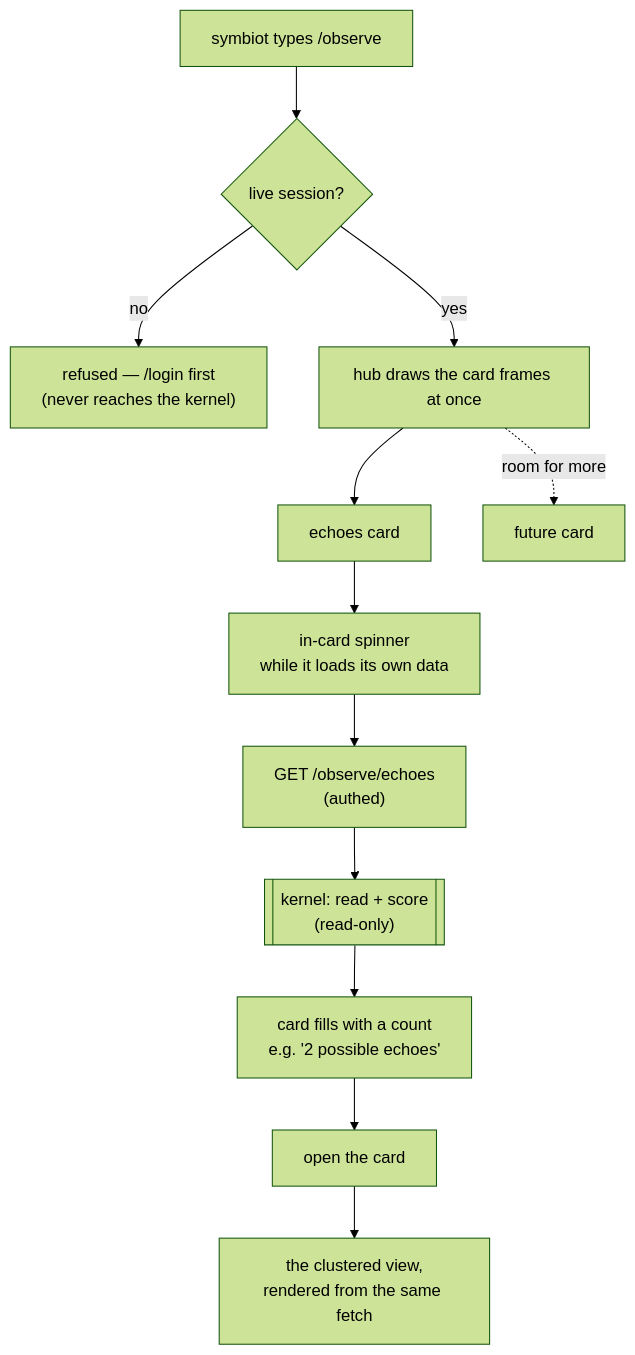
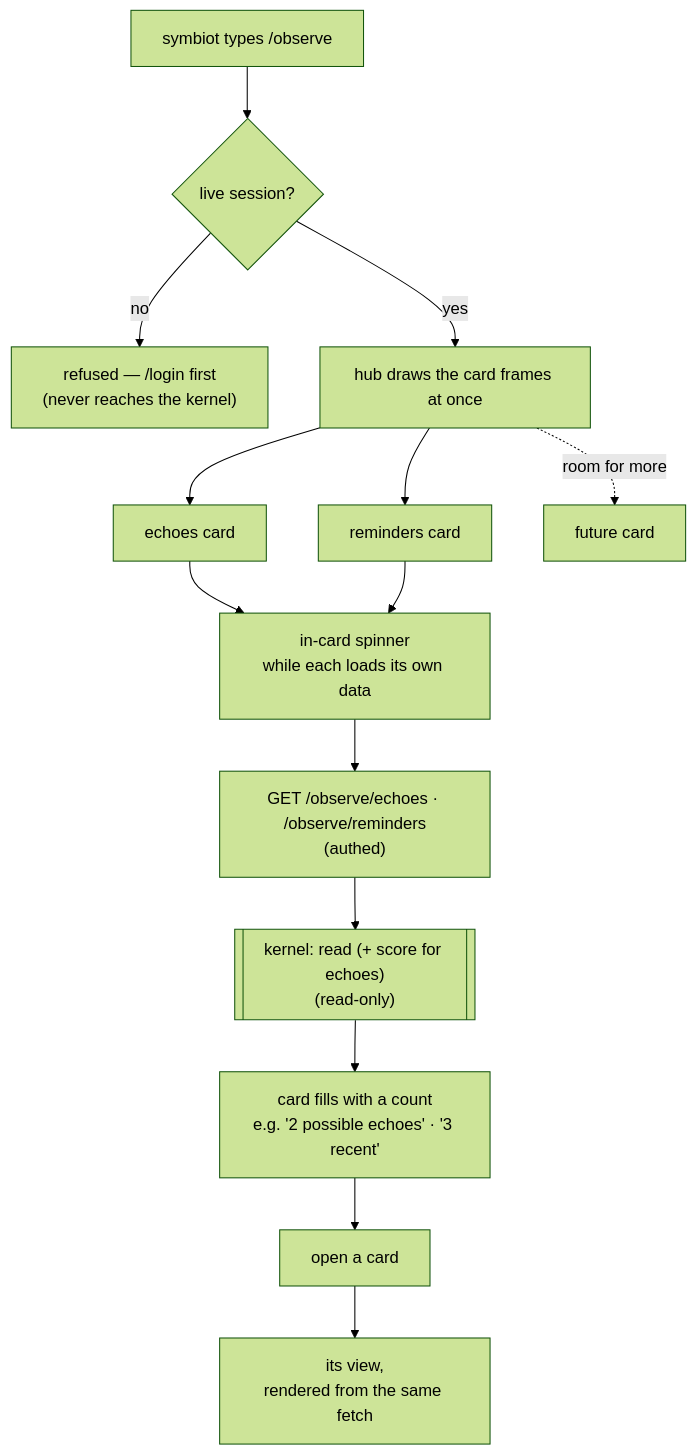
Before and after one commit to the-joy-com/kernel.os-joy.com: the first of 2 diagrams in doc/observability.md, drawn with Mermaid (forest theme). The commit also changed other lines of this file and 7 other files, not shown here.

````diff
--- a/doc/observability.md
+++ b/doc/observability.md
@@ -13,14 +13,16 @@
 ```mermaid
 flowchart TD
     U["symbiot types /observe"] --> S{"live session?"}
     S -->|no| REF["refused — /login first<br/>(never reaches the kernel)"]
     S -->|yes| HUB["hub draws the card frames at once"]
     HUB --> C1["echoes card"]
-    HUB -.->|room for more| C2["future card"]
-    C1 --> SPIN["in-card spinner<br/>while it loads its own data"]
-    SPIN --> GET["GET /observe/echoes<br/>(authed)"]
-    GET --> KERNEL[["kernel: read + score<br/>(read-only)"]]
-    KERNEL --> SUM["card fills with a count<br/>e.g. '2 possible echoes'"]
-    SUM --> OPEN["open the card"]
-    OPEN --> VIEW["the clustered view,<br/>rendered from the same fetch"]
+    HUB --> C2["reminders card"]
+    HUB -.->|room for more| C3["future card"]
+    C1 --> SPIN["in-card spinner<br/>while each loads its own data"]
+    C2 --> SPIN
+    SPIN --> GET["GET /observe/echoes · /observe/reminders<br/>(authed)"]
+    GET --> KERNEL[["kernel: read (+ score for echoes)<br/>(read-only)"]]
+    KERNEL --> SUM["card fills with a count<br/>e.g. '2 possible echoes' · '3 recent'"]
+    SUM --> OPEN["open a card"]
+    OPEN --> VIEW["its view,<br/>rendered from the same fetch"]
 ```
````
